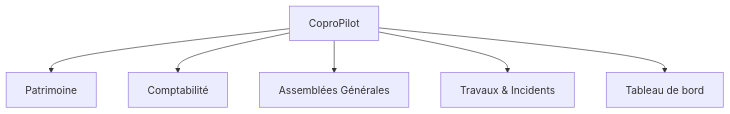
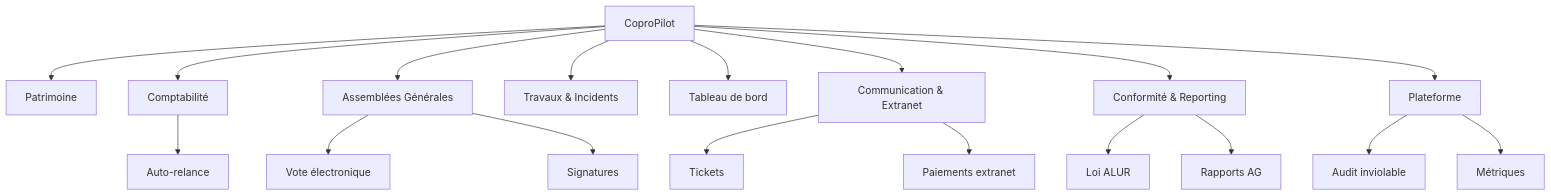
The first of 5 diagrams in docs/modules.md (Wifsimster/copro-pilot), drawn with Mermaid before and after one commit. The commit also changed other lines of this file and 9 other files, not shown here.

````diff
--- a/docs/modules.md
+++ b/docs/modules.md
@@ -7,8 +12,20 @@
 ```mermaid
 graph TD
     A[CoproPilot] --> B[Patrimoine]
     A --> C[Comptabilité]
     A --> D[Assemblées Générales]
     A --> E[Travaux & Incidents]
     A --> F[Tableau de bord]
+    A --> G[Communication & Extranet]
+    A --> H[Conformité & Reporting]
+    A --> I[Plateforme]
+    G --> G1[Tickets]
+    G --> G2[Paiements extranet]
+    D --> D1[Vote électronique]
+    D --> D2[Signatures]
+    H --> H1[Loi ALUR]
+    H --> H2[Rapports AG]
+    I --> I1[Audit inviolable]
+    I --> I2[Métriques]
+    C --> C1[Auto-relance]
 ```
````
